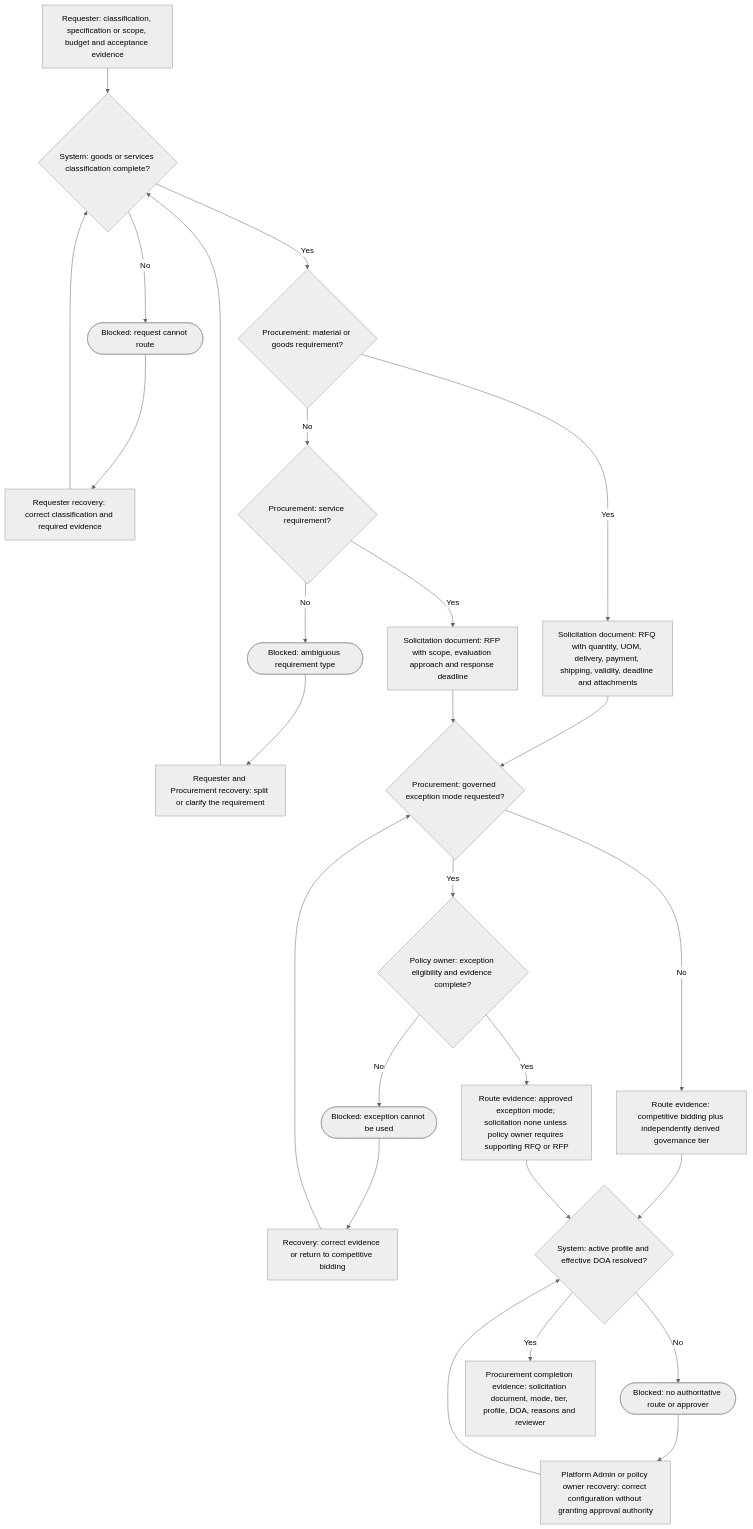
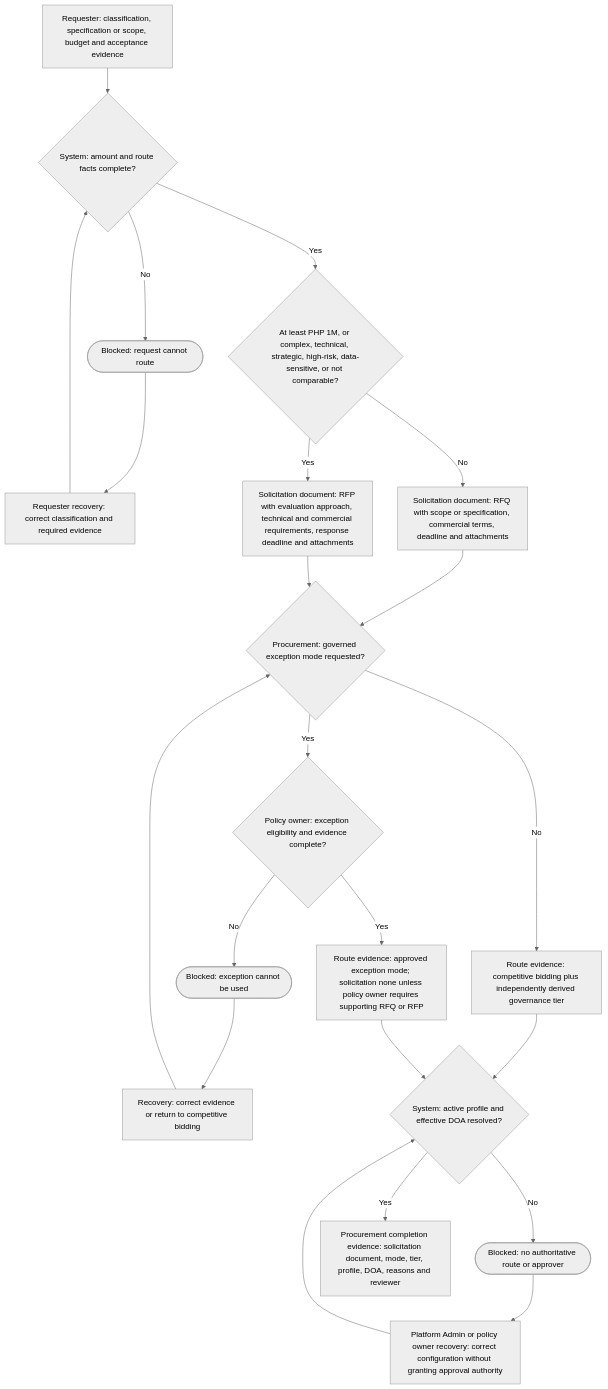
The third of 8 diagrams in docs/PROCESS_REFERENCE_LIBRARY.md (normanwashere/mwell-intra), drawn with Mermaid (neutral theme) before and after one commit. The commit also changed other lines of this file and 35 other files, not shown here.

````diff
--- a/docs/PROCESS_REFERENCE_LIBRARY.md
+++ b/docs/PROCESS_REFERENCE_LIBRARY.md
@@ -81,28 +82,24 @@
 ```mermaid
 flowchart TD
-  A[Requester: classification, specification or scope, budget and acceptance evidence] --> B{System: goods or services classification complete?}
+  A[Requester: classification, specification or scope, budget and acceptance evidence] --> B{System: amount and route facts complete?}
   B -->|No| BX([Blocked: request cannot route])
   BX --> BR[Requester recovery: correct classification and required evidence]
   BR --> B
-  B -->|Yes| C{Procurement: material or goods requirement?}
-  C -->|Yes| D[Solicitation document: RFQ with quantity, UOM, delivery, payment, shipping, validity, deadline and attachments]
-  C -->|No| E{Procurement: service requirement?}
-  E -->|No| EX([Blocked: ambiguous requirement type])
-  EX --> ER[Requester and Procurement recovery: split or clarify the requirement]
-  ER --> B
-  E -->|Yes| F[Solicitation document: RFP with scope, evaluation approach and response deadline]
+  B -->|Yes| C{At least PHP 1M, or complex, technical, strategic, high-risk, data-sensitive, or not comparable?}
+  C -->|No| D[Solicitation document: RFQ with scope or specification, commercial terms, deadline and attachments]
+  C -->|Yes| F[Solicitation document: RFP with evaluation approach, technical and commercial requirements, response deadline and attachments]
   D --> G{Procurement: governed exception mode requested?}
   F --> G
   G -->|No| H[Route evidence: competitive bidding plus independently derived governance tier]
   G -->|Yes| I{Policy owner: exception eligibility and evidence complete?}
   I -->|No| IX([Blocked: exception cannot be used])
   IX --> IR[Recovery: correct evidence or return to competitive bidding]
   IR --> G
   I -->|Yes| J[Route evidence: approved exception mode; solicitation none unless policy owner requires supporting RFQ or RFP]
   H --> K{System: active profile and effective DOA resolved?}
   J --> K
   K -->|No| KX([Blocked: no authoritative route or approver])
   KX --> KR[Platform Admin or policy owner recovery: correct configuration without granting approval authority]
   KR --> K
   K -->|Yes| L[Procurement completion evidence: solicitation document, mode, tier, profile, DOA, reasons and reviewer]
 ```
````
